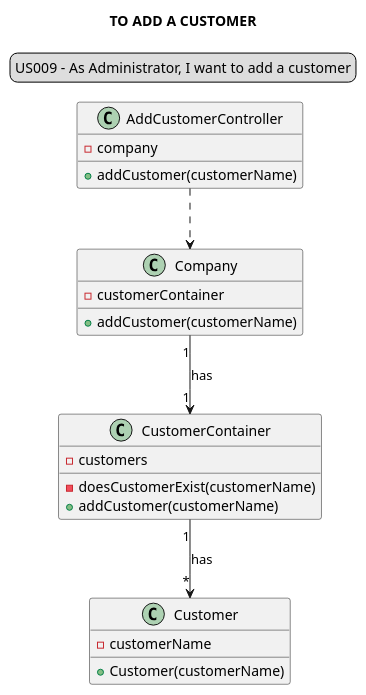
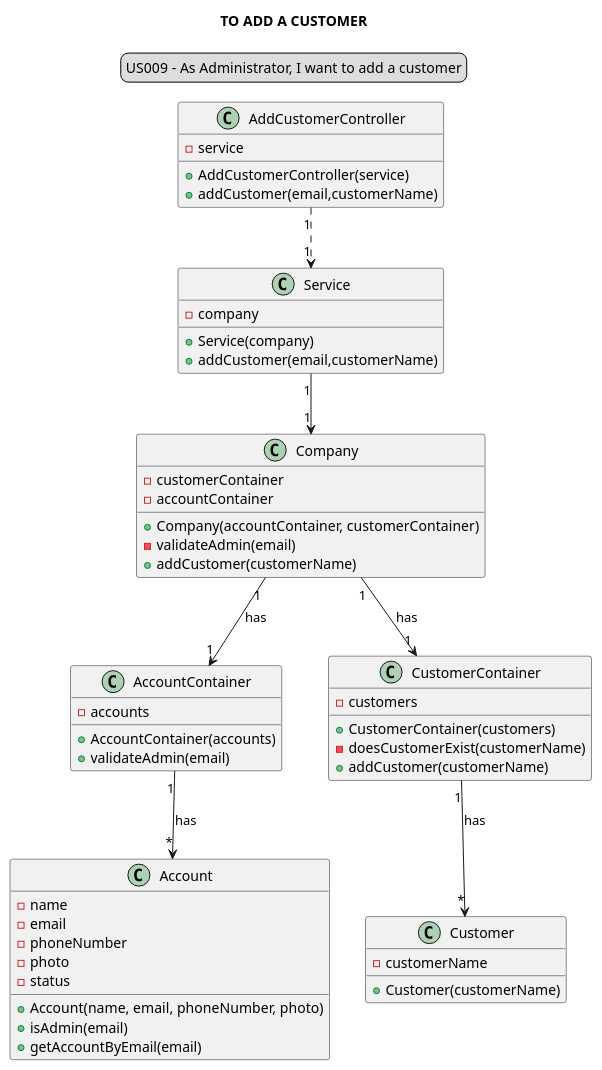
Before and after one commit to Loracline/project_switch_22-23: the diagram in docs/modelling_design/user_stories/us009/US009_classDiagram.puml, drawn with PlantUML. The commit also changed 1 other file, not shown here.

Commit message:
US009 : Design : refinement os Class Diagram and Sequence Diagram (addition of service and method to verify profile).

```diff
--- a/docs/modelling_design/user_stories/us009/US009_classDiagram.puml
+++ b/docs/modelling_design/user_stories/us009/US009_classDiagram.puml
@@ -1,34 +1,65 @@
 @startuml
 
 skinparam sequenceMessageAlign center
 title TO ADD A CUSTOMER
 legend top
 US009 - As Administrator, I want to add a customer
 end legend
 
 class "AddCustomerController" {
+-service
++AddCustomerController(service)
++addCustomer(email,customerName)
+}
+
+class "Service"{
 -company
-+addCustomer(customerName)
++Service(company)
++addCustomer(email,customerName)
 }
 
 class "Company"{
 -customerContainer
+-accountContainer
++Company(accountContainer, customerContainer)
+-validateAdmin(email)
 +addCustomer(customerName)
+}
 
+class "AccountContainer"{
+-accounts
++AccountContainer(accounts)
++validateAdmin(email)
 }
+
+class "Account"{
+-name
+-email
+-phoneNumber
+-photo
+-status
++Account(name, email, phoneNumber, photo)
++isAdmin(email)
++getAccountByEmail(email)
+}
+
 class "CustomerContainer"{
 -customers
++CustomerContainer(customers)
 -doesCustomerExist(customerName)
 +addCustomer(customerName)
 }
 
 class "Customer"{
 -customerName
 +Customer(customerName)
 }
 
-"AddCustomerController" ..> "Company"
+"AddCustomerController" "1" ..> "1" "Service"
+"Service" "1" --> "1" "Company"
 "Company" "1"-->"1" "CustomerContainer": has
+"Company" "1"-->"1" "AccountContainer": has
 "CustomerContainer" "1"-->"*" "Customer": has
+"AccountContainer" "1" --> "*" "Account": has
 
 @enduml
```
